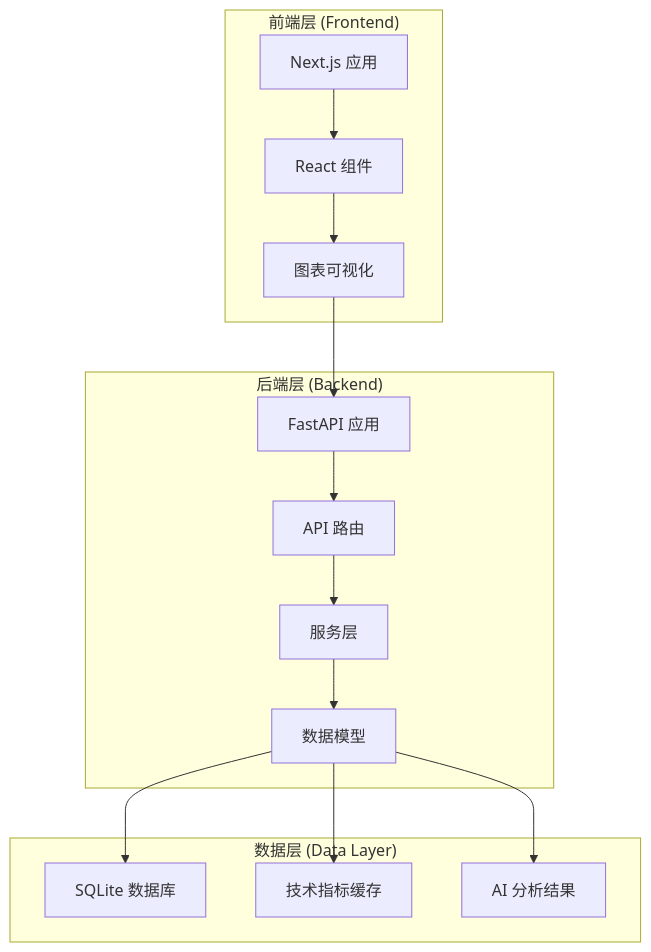
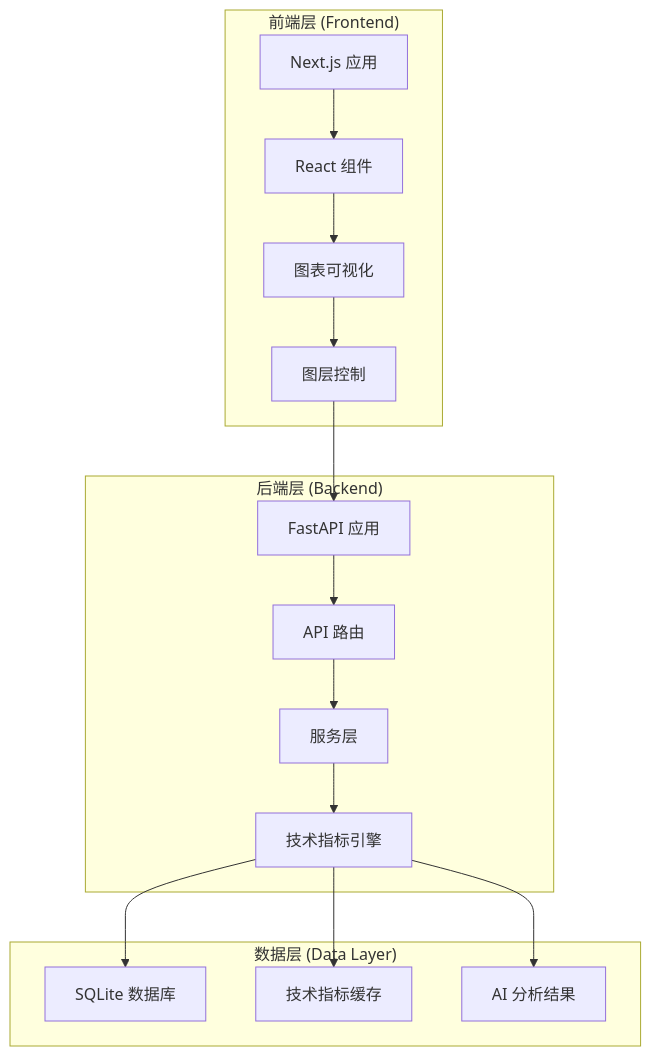
The first of 8 diagrams in .qoder/repowiki/zh/content/投资组合管理/前端集成与展示/高级图表可视化.md (breeze-lyf/ai-stock-advisor), drawn with Mermaid before and after one commit. The commit also changed other lines of this file and 52 other files, not shown here.

````diff
--- a/.qoder/repowiki/zh/content/投资组合管理/前端集成与展示/高级图表可视化.md
+++ b/.qoder/repowiki/zh/content/投资组合管理/前端集成与展示/高级图表可视化.md
@@ -39,28 +42,30 @@
 ```mermaid
 graph TB
 subgraph "前端层 (Frontend)"
 FE1[Next.js 应用]
 FE2[React 组件]
 FE3[图表可视化]
+FE4[图层控制]
 end
 subgraph "后端层 (Backend)"
 BE1[FastAPI 应用]
 BE2[API 路由]
 BE3[服务层]
-BE4[数据模型]
+BE4[技术指标引擎]
 end
 subgraph "数据层 (Data Layer)"
 DL1[SQLite 数据库]
 DL2[技术指标缓存]
 DL3[AI 分析结果]
 end
 FE1 --> FE2
 FE2 --> FE3
-FE3 --> BE1
+FE3 --> FE4
+FE4 --> BE1
 BE1 --> BE2
 BE2 --> BE3
 BE3 --> BE4
 BE4 --> DL1
 BE4 --> DL2
 BE4 --> DL3
 ```
````
